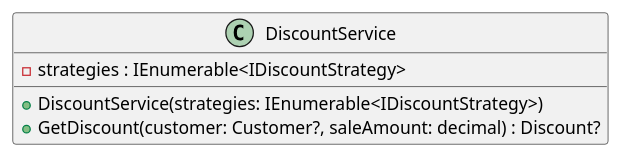
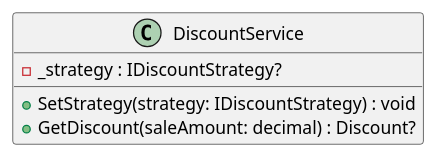
Before and after one commit to rogerrocaarano/DesignPatternsDemo: the diagram in docs/WebApi/classes/DiscountService.puml, drawn with PlantUML. The commit also changed 93 other files, not shown here.

First line of the commit message:
Refactor: migrate Sales to Use Case pattern and adopt layered architecture

```diff
--- a/docs/WebApi/classes/DiscountService.puml
+++ b/docs/WebApi/classes/DiscountService.puml
@@ -1,9 +1,9 @@
 @startuml DiscountService
 
 class DiscountService {
-    -strategies : IEnumerable<IDiscountStrategy>
-    +DiscountService(strategies: IEnumerable<IDiscountStrategy>)
-    +GetDiscount(customer: Customer?, saleAmount: decimal) : Discount?
+    -_strategy : IDiscountStrategy?
+    +SetStrategy(strategy: IDiscountStrategy) : void
+    +GetDiscount(saleAmount: decimal) : Discount?
 }
 
 @enduml
```
